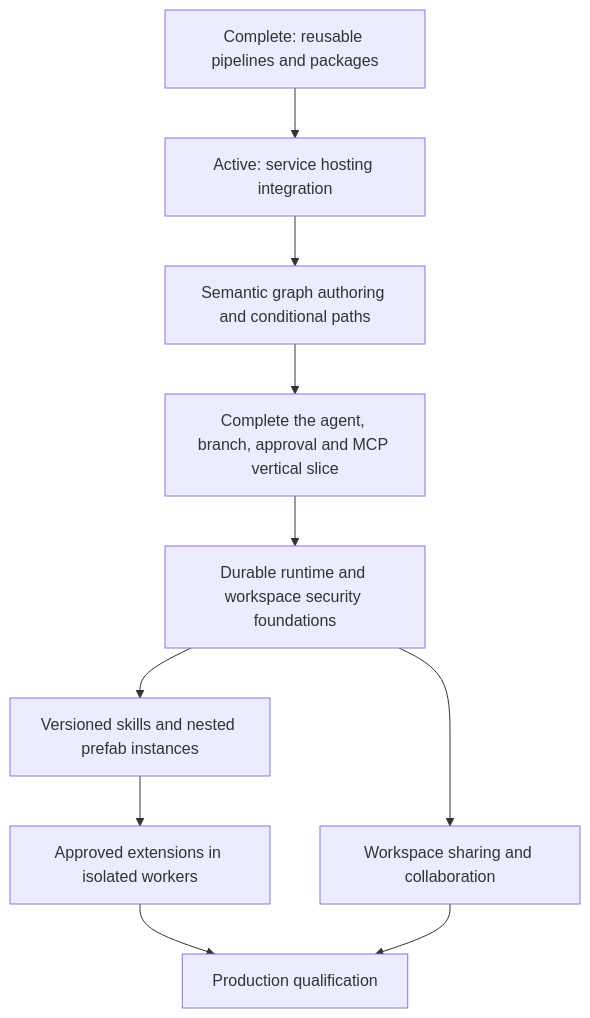
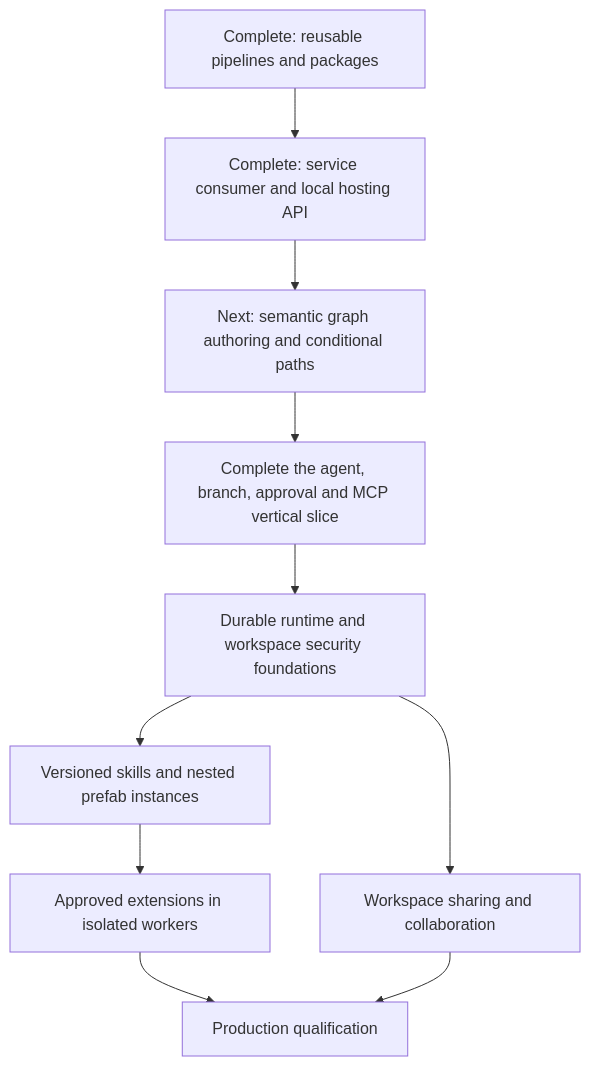
One commit to gnalvesteffer/visual-agent-workflow changed the diagram in docs/roadmap.md. Above: the diagram before and after it, drawn with Mermaid. The commit also changed other lines of this file and 14 other files, not shown here.

Commit message:
Add shared local runtime hosting API and fix immediate-stop cleanup

````diff
--- a/docs/roadmap.md
+++ b/docs/roadmap.md
@@ -34,12 +38,12 @@
 ```mermaid
 flowchart TD
-    Reuse["Complete: reusable pipelines and packages"] --> Hosting["Active: service hosting integration"]
-    Hosting --> Graph["Semantic graph authoring and conditional paths"]
+    Reuse["Complete: reusable pipelines and packages"] --> Hosting["Complete: service consumer and local hosting API"]
+    Hosting --> Graph["Next: semantic graph authoring and conditional paths"]
     Graph --> Vertical["Complete the agent, branch, approval and MCP vertical slice"]
     Vertical --> Durable["Durable runtime and workspace security foundations"]
     Durable --> Assets["Versioned skills and nested prefab instances"]
     Assets --> Extensions["Approved extensions in isolated workers"]
     Durable --> Collaboration["Workspace sharing and collaboration"]
     Extensions --> Production["Production qualification"]
     Collaboration --> Production
 ```
````
